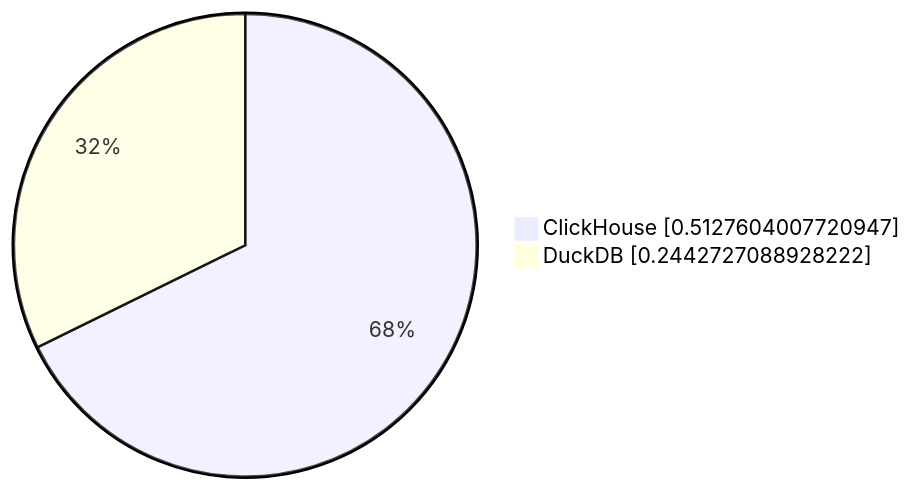
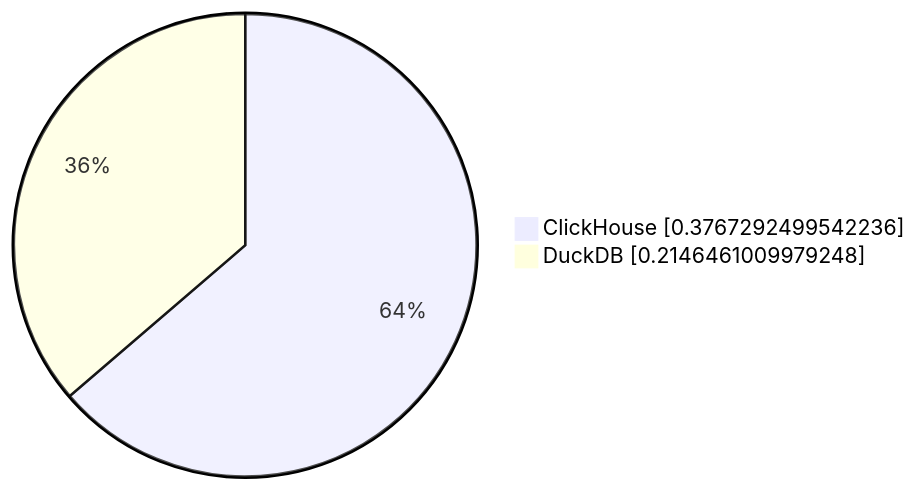
One commit to Altinity/clickhouse-regression changed the third of 19 diagrams in parquet/performance/results/hits/23.11.1.2711-alpine/README.md. Above: the diagram before and after it, drawn with Mermaid. The commit also changed other lines of this file and 8 other files, not shown here.

````diff
--- a/parquet/performance/results/hits/23.11.1.2711-alpine/README.md
+++ b/parquet/performance/results/hits/23.11.1.2711-alpine/README.md
@@ -30,5 +30,5 @@
 ```mermaid
      pie showData
-         "ClickHouse" : 0.5127604007720947
-         "DuckDB" : 0.2442727088928222
+         "ClickHouse" : 0.3767292499542236
+         "DuckDB" : 0.2146461009979248
 ```
````
